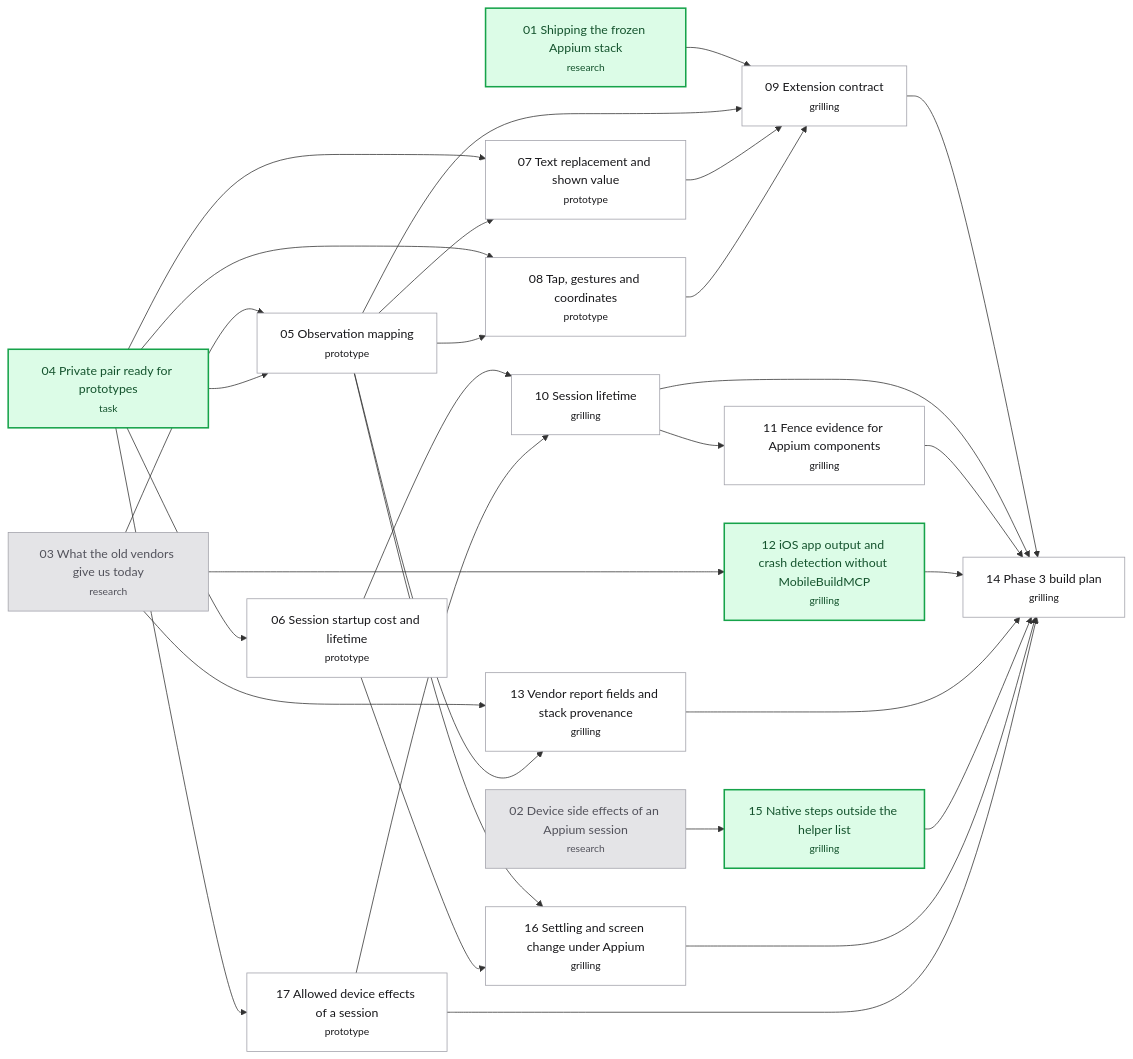
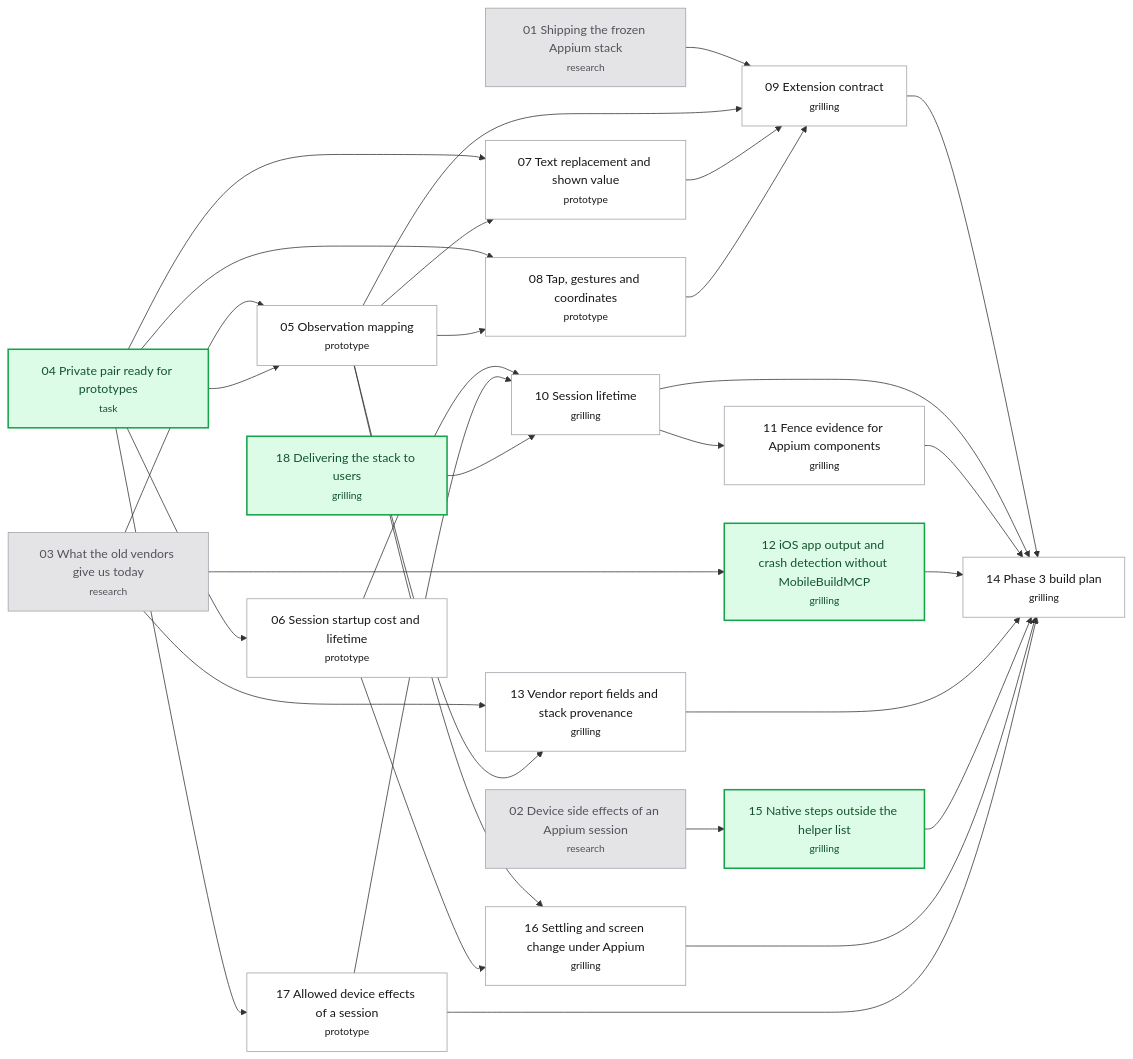
One commit to hugues-vnsgn/jev-ios-bridge changed the diagram in .scratch/appium-phase3/map.md. Above: the diagram before and after it, drawn with Mermaid. The commit also changed other lines of this file and 5 other files, not shown here.

````diff
--- a/.scratch/appium-phase3/map.md
+++ b/.scratch/appium-phase3/map.md
@@ -74,56 +75,58 @@
 ```mermaid
 flowchart LR
     T01["01 Shipping the frozen Appium stack<br/><small>research</small>"]
     T02["02 Device side effects of an Appium session<br/><small>research</small>"]
     T03["03 What the old vendors give us today<br/><small>research</small>"]
     T04["04 Private pair ready for prototypes<br/><small>task</small>"]
     T05["05 Observation mapping<br/><small>prototype</small>"]
     T06["06 Session startup cost and lifetime<br/><small>prototype</small>"]
     T07["07 Text replacement and shown value<br/><small>prototype</small>"]
     T08["08 Tap, gestures and coordinates<br/><small>prototype</small>"]
     T09["09 Extension contract<br/><small>grilling</small>"]
     T10["10 Session lifetime<br/><small>grilling</small>"]
     T11["11 Fence evidence for Appium components<br/><small>grilling</small>"]
     T12["12 iOS app output and crash detection without MobileBuildMCP<br/><small>grilling</small>"]
     T13["13 Vendor report fields and stack provenance<br/><small>grilling</small>"]
     T14["14 Phase 3 build plan<br/><small>grilling</small>"]
     T15["15 Native steps outside the helper list<br/><small>grilling</small>"]
     T16["16 Settling and screen change under Appium<br/><small>grilling</small>"]
     T17["17 Allowed device effects of a session<br/><small>prototype</small>"]
+    T18["18 Delivering the stack to users<br/><small>grilling</small>"]
     T03 --> T05
     T04 --> T05
     T04 --> T06
     T04 --> T07
     T05 --> T07
     T04 --> T08
     T05 --> T08
     T01 --> T09
     T05 --> T09
     T07 --> T09
     T08 --> T09
     T06 --> T10
     T17 --> T10
+    T18 --> T10
     T10 --> T11
     T03 --> T12
     T03 --> T13
     T05 --> T13
     T09 --> T14
     T10 --> T14
     T11 --> T14
     T12 --> T14
     T13 --> T14
     T15 --> T14
     T16 --> T14
     T17 --> T14
     T02 --> T15
     T05 --> T16
     T06 --> T16
     T04 --> T17
     classDef resolved fill:#e4e4e7,stroke:#a1a1aa,color:#52525b
     classDef claimed fill:#dbeafe,stroke:#2563eb,color:#1e3a8a
     classDef frontier fill:#dcfce7,stroke:#16a34a,color:#14532d,stroke-width:2px
     classDef blocked fill:#ffffff,stroke:#a1a1aa,color:#18181b
-    class T02,T03 resolved
-    class T01,T04,T12,T15 frontier
+    class T01,T02,T03 resolved
+    class T04,T12,T15,T18 frontier
     class T05,T06,T07,T08,T09,T10,T11,T13,T14,T16,T17 blocked
 ```
````
